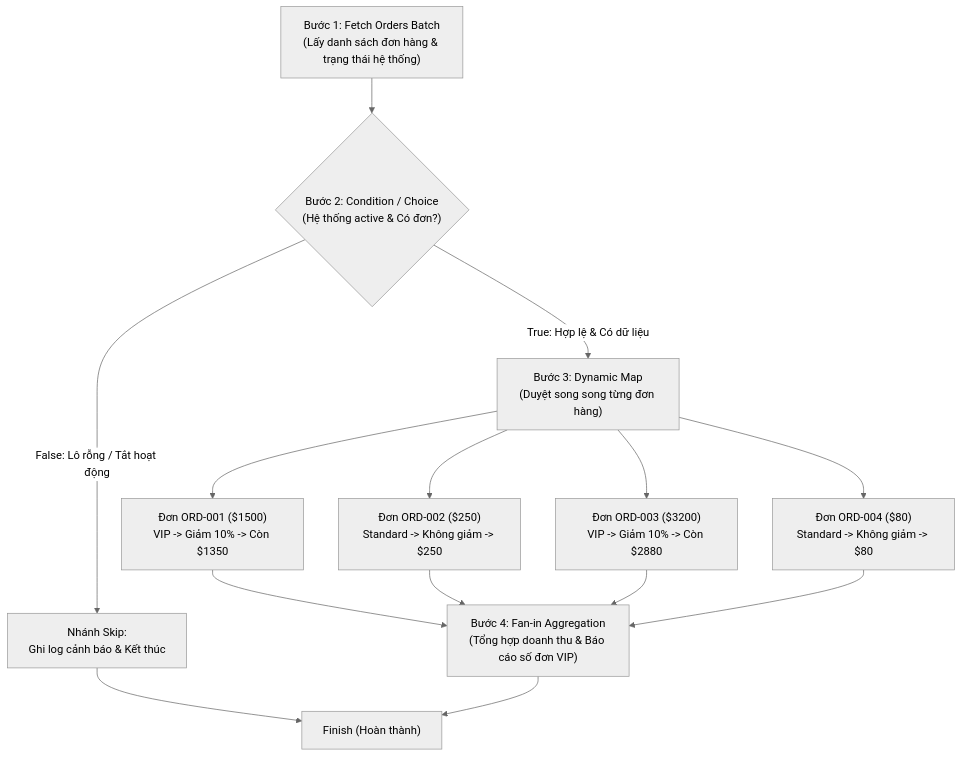
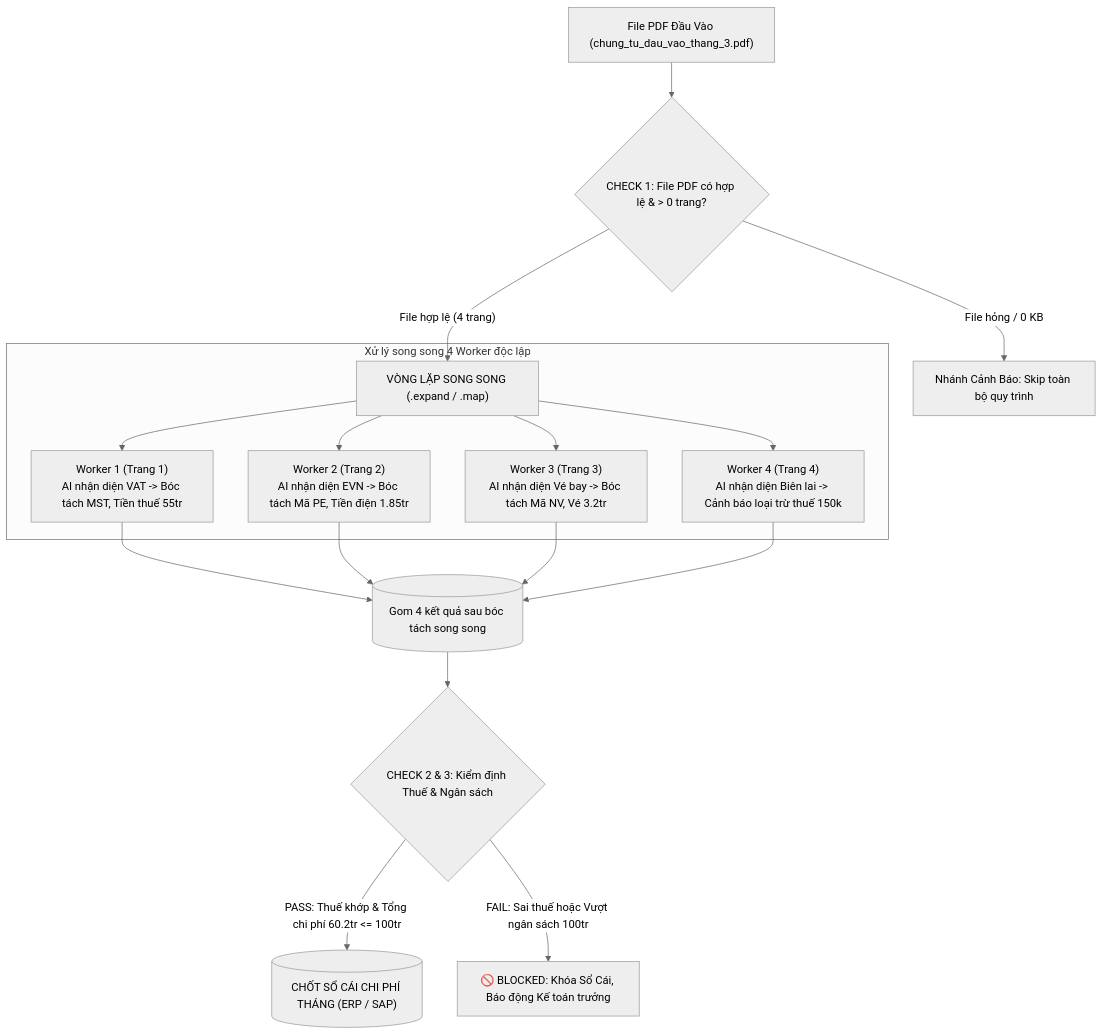
Before and after one commit to dangminhduchl/Airflow_Dagster: the diagram in DOCS_Y_TUONG_VA_CAC_BUOC_DU_AN.md, drawn with Mermaid (neutral theme). The commit also changed other lines of this file and 118 other files, not shown here.

````diff
--- a/DOCS_Y_TUONG_VA_CAC_BUOC_DU_AN.md
+++ b/DOCS_Y_TUONG_VA_CAC_BUOC_DU_AN.md
@@ -26,20 +29,21 @@
 ```mermaid
 graph TD
-    A["Bước 1: Fetch Orders Batch<br/>(Lấy danh sách đơn hàng & trạng thái hệ thống)"] --> B{"Bước 2: Condition / Choice<br/>(Hệ thống active & Có đơn?)"}
+    A["File PDF Đầu Vào (chung_tu_dau_vao_thang_3.pdf)"] --> B{"CHECK 1: File PDF có hợp lệ & > 0 trang?"}
     
-    B -- "False: Lô rỗng / Tắt hoạt động" --> C["Nhánh Skip:<br/>Ghi log cảnh báo & Kết thúc"]
-    B -- "True: Hợp lệ & Có dữ liệu" --> D["Bước 3: Dynamic Map<br/>(Duyệt song song từng đơn hàng)"]
+    B -- "File hỏng / 0 KB" --> C["Nhánh Cảnh Báo: Skip toàn bộ quy trình"]
+    B -- "File hợp lệ (4 trang)" --> D["VÒNG LẶP SONG SONG (.expand / .map)"]
     
-    D --> D1["Đơn ORD-001 ($1500)<br/>VIP -> Giảm 10% -> Còn $1350"]
-    D --> D2["Đơn ORD-002 ($250)<br/>Standard -> Không giảm -> $250"]
-    D --> D3["Đơn ORD-003 ($3200)<br/>VIP -> Giảm 10% -> Còn $2880"]
-    D --> D4["Đơn ORD-004 ($80)<br/>Standard -> Không giảm -> $80"]
+    subgraph ParallelLoop ["Xử lý song song 4 Worker độc lập"]
+        D --> P1["Worker 1 (Trang 1)<br/>AI nhận diện VAT -> Bóc tách MST, Tiền thuế 55tr"]
+        D --> P2["Worker 2 (Trang 2)<br/>AI nhận diện EVN -> Bóc tách Mã PE, Tiền điện 1.85tr"]
+        D --> P3["Worker 3 (Trang 3)<br/>AI nhận diện Vé bay -> Bóc tách Mã NV, Vé 3.2tr"]
+        D --> P4["Worker 4 (Trang 4)<br/>AI nhận diện Biên lai -> Cảnh báo loại trừ thuế 150k"]
+    end
     
-    D1 --> E["Bước 4: Fan-in Aggregation<br/>(Tổng hợp doanh thu & Báo cáo số đơn VIP)"]
-    D2 --> E
-    D3 --> E
-    D4 --> E
+    P1 & P2 & P3 & P4 --> G[("Gom 4 kết quả sau bóc tách song song")]
     
-    C --> F["Finish (Hoàn thành)"]
-    E --> F
+    G --> H{"CHECK 2 & 3: Kiểm định Thuế & Ngân sách"}
+    
+    H -- "PASS: Thuế khớp & Tổng chi phí 60.2tr <= 100tr" --> I[("CHỐT SỔ CÁI CHI PHÍ THÁNG (ERP / SAP)")]
+    H -- "FAIL: Sai thuế hoặc Vượt ngân sách 100tr" --> K["🚫 BLOCKED: Khóa Sổ Cái, Báo động Kế toán trưởng"]
 ```
````
